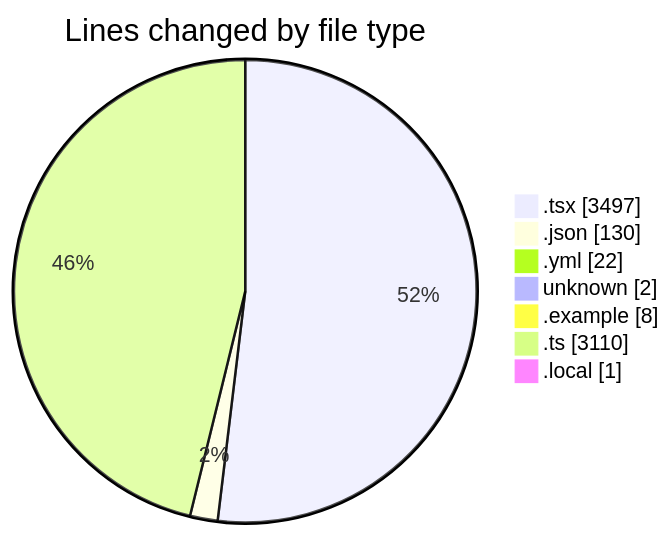
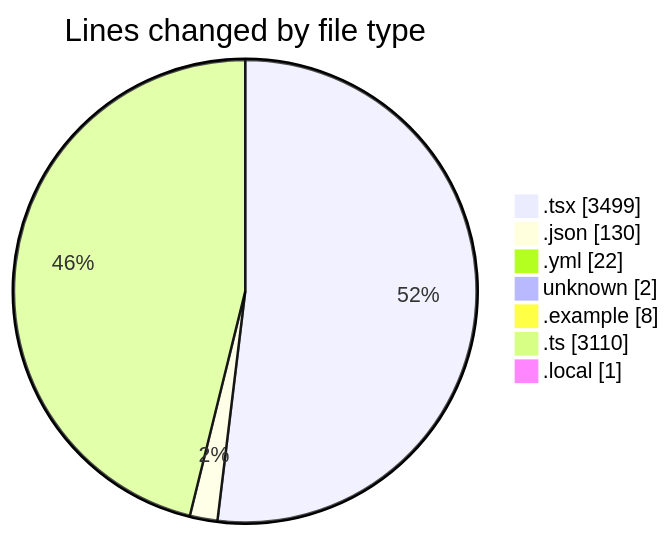
The first of 2 diagrams in 2025-11-21/eventscop-frontend-guide__workspace_/README.md (julien-gomy/code-tracking), drawn with Mermaid before and after one commit. The commit also changed other lines of this file and 1 other file, not shown here.

````diff
--- a/2025-11-21/eventscop-frontend-guide__workspace_/README.md
+++ b/2025-11-21/eventscop-frontend-guide__workspace_/README.md
@@ -64,11 +64,11 @@
 ```mermaid
 pie showData
 title Lines changed by file type
-".tsx" : 3497
+".tsx" : 3499
 ".json" : 130
 ".yml" : 22
 "unknown" : 2
 ".example" : 8
 ".ts" : 3110
 ".local" : 1
 ```
````
